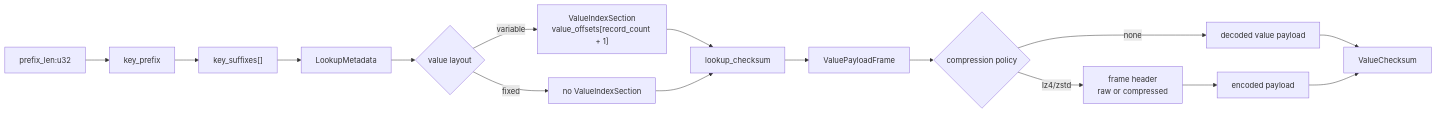
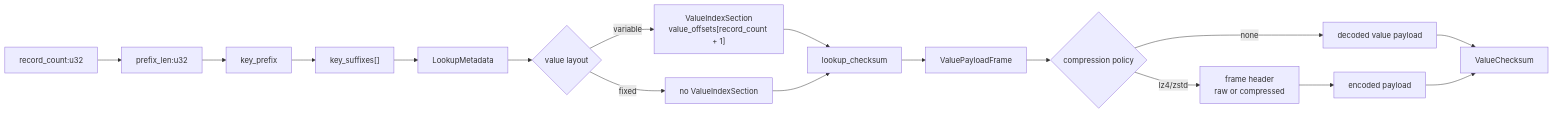
One commit to wangl-cc/evo-ssa-tools changed the fourth of 7 diagrams in crates/segment-cache-store/docs/design.md. Above: the diagram before and after it, drawn with Mermaid. The commit also changed other lines of this file and 58 other files, not shown here.

````diff
--- a/crates/segment-cache-store/docs/design.md
+++ b/crates/segment-cache-store/docs/design.md
@@ -371,18 +380,19 @@
 ```mermaid
 flowchart LR
-  PrefixLen["prefix_len:u32"] --> Prefix["key_prefix"]
+  RecordCount["record_count:u32"] --> PrefixLen["prefix_len:u32"]
+  PrefixLen --> Prefix["key_prefix"]
   Prefix --> Suffixes["key_suffixes[]"]
   Suffixes --> Metadata["LookupMetadata"]
   Metadata --> Layout{"value layout"}
   Layout -->|variable| Offsets["ValueIndexSection<br/>value_offsets[record_count + 1]"]
   Layout -->|fixed| NoOffsets["no ValueIndexSection"]
   Offsets --> LookupChecksum["lookup_checksum"]
   NoOffsets --> LookupChecksum
   LookupChecksum --> Payload["ValuePayloadFrame"]
   Payload --> FrameKind{"compression policy"}
   FrameKind -->|none| RawPayload["decoded value payload"]
   FrameKind -->|lz4/zstd| PayloadHeader["frame header<br/>raw or compressed"]
   PayloadHeader --> EncodedPayload["encoded payload"]
   RawPayload --> ValueChecksum
   EncodedPayload --> ValueChecksum
 ```
````
